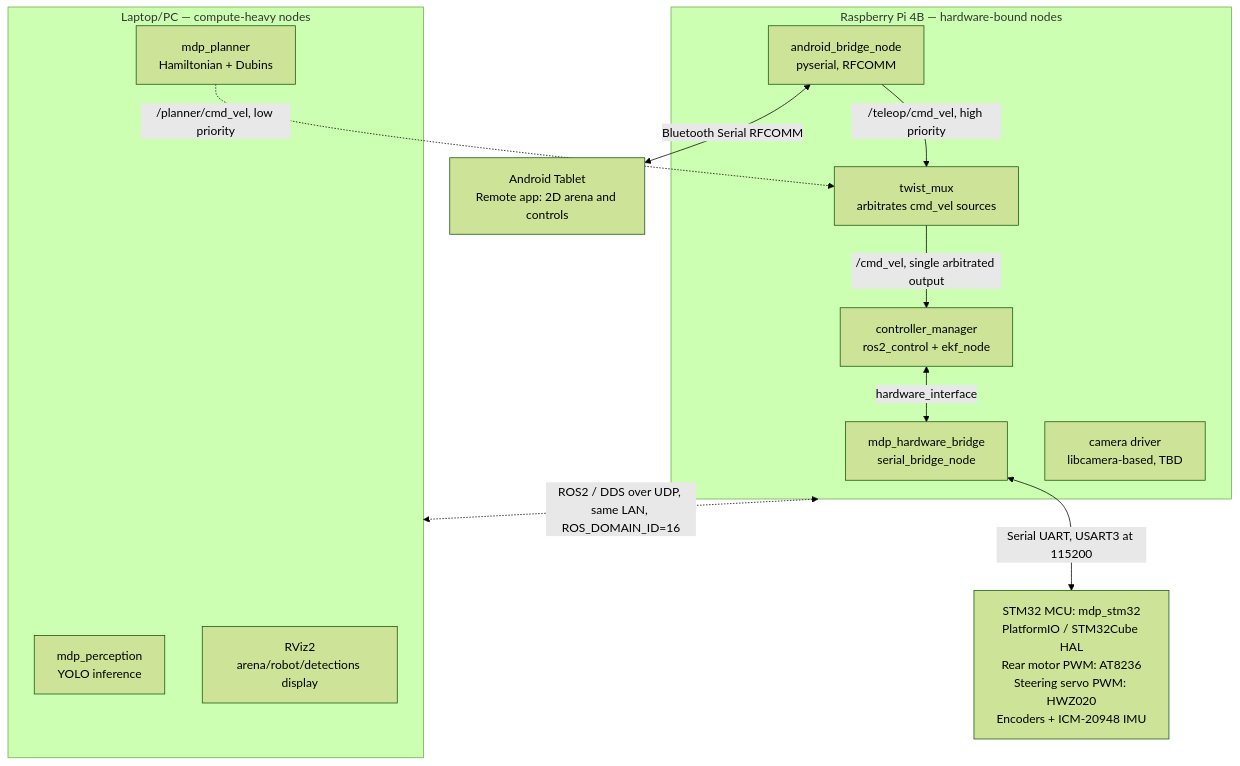
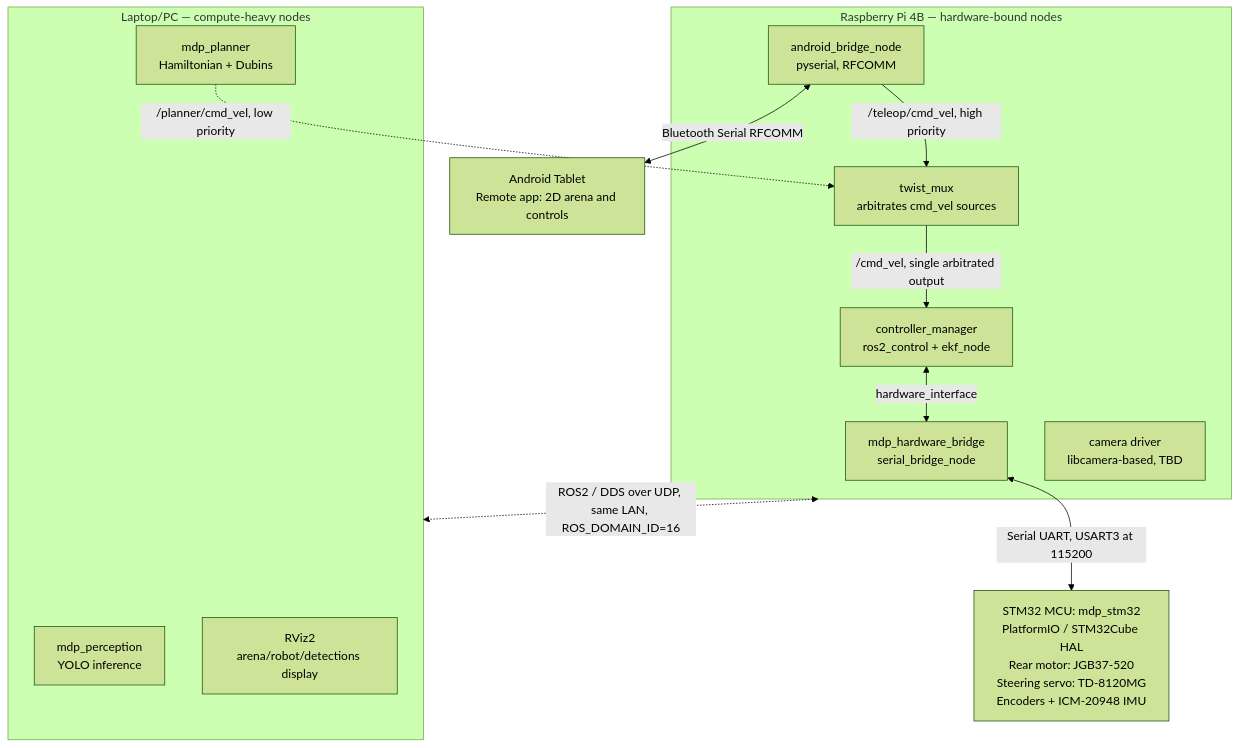
One commit to xushuwei281/SC2079-Group-16- changed the diagram in raspberry-pi/ros2_ws/ARCHITECTURE.md. Above: the diagram before and after it, drawn with Mermaid (forest theme). The commit also changed other lines of this file, not shown here.

Commit message:
Fix unverified motor/servo part numbers in ARCHITECTURE.md

````diff
--- a/raspberry-pi/ros2_ws/ARCHITECTURE.md
+++ b/raspberry-pi/ros2_ws/ARCHITECTURE.md
@@ -25,28 +25,28 @@
 ```mermaid
 flowchart TB
     subgraph Pi["Raspberry Pi 4B — hardware-bound nodes"]
         HWBridge["mdp_hardware_bridge<br/>serial_bridge_node"]
         TwistMux["twist_mux<br/>arbitrates cmd_vel sources"]
         CtrlMgr["controller_manager<br/>ros2_control + ekf_node"]
         AndroidBridge["android_bridge_node<br/>pyserial, RFCOMM"]
         CamDriver["camera driver<br/>libcamera-based, TBD"]
         AndroidBridge -->|/teleop/cmd_vel, high priority| TwistMux
         TwistMux -->|/cmd_vel, single arbitrated output| CtrlMgr
         CtrlMgr <-->|hardware_interface| HWBridge
     end
 
     subgraph PC["Laptop/PC — compute-heavy nodes"]
         Perception["mdp_perception<br/>YOLO inference"]
         Planner["mdp_planner<br/>Hamiltonian + Dubins"]
         RViz["RViz2<br/>arena/robot/detections display"]
     end
 
     Planner -.->|/planner/cmd_vel, low priority| TwistMux
     Pi <-.->|ROS2 / DDS over UDP, same LAN, ROS_DOMAIN_ID=16| PC
 
-    STM32["STM32 MCU: mdp_stm32<br/>PlatformIO / STM32Cube HAL<br/>Rear motor PWM: AT8236<br/>Steering servo PWM: HWZ020<br/>Encoders + ICM-20948 IMU"]
+    STM32["STM32 MCU: mdp_stm32<br/>PlatformIO / STM32Cube HAL<br/>Rear motor: JGB37-520<br/>Steering servo: TD-8120MG<br/>Encoders + ICM-20948 IMU"]
     Android["Android Tablet<br/>Remote app: 2D arena and controls"]
 
     HWBridge <-->|Serial UART, USART3 at 115200| STM32
     AndroidBridge <-->|Bluetooth Serial RFCOMM| Android
 ```
````
